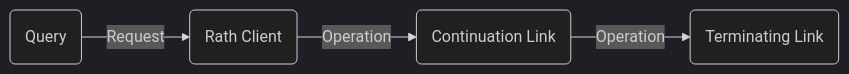
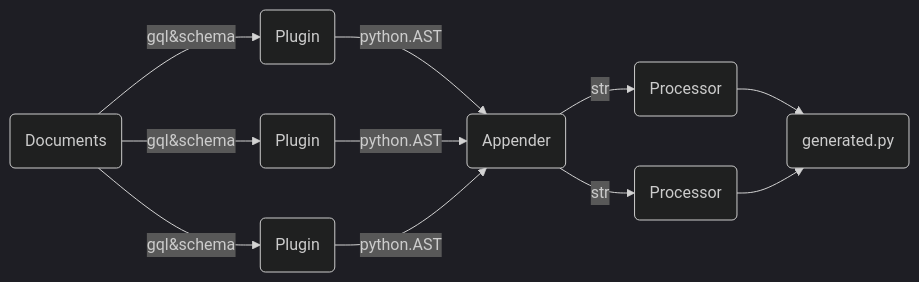
One commit to jhnnsrs/turms changed the diagram in website/docs/design/plugins.md. Above: the diagram before and after it, drawn with Mermaid (dark theme). The commit also changed other lines of this file and 11 other files, not shown here.

````diff
--- a/website/docs/design/plugins.md
+++ b/website/docs/design/plugins.md
@@ -10,6 +11,14 @@
 ```mermaid
 flowchart LR;
-    id0(Query)-->|Request|id1(Rath Client)
-    id1(Rath Client)-->|Operation|id2(Continuation Link)
-    id2(Continuation Link)-->|Operation|id3(Terminating Link)
+id0(Documents)-->|gql&schema|id1(Plugin)
+id0(Documents)-->|gql&schema|id2(Plugin)
+id0(Documents)-->|gql&schema|id3(Plugin)
+id1(Plugin)-->|python.AST|id50(Appender)
+id2(Plugin)-->|python.AST|id50(Appender)
+id3(Plugin)-->|python.AST|id50(Appender)
+id50(Appender)-->|str|id61(Processor)
+id50(Appender)-->|str|id62(Processor)
+id61(Processor)-->id100(generated.py)
+id62(Processor)-->id100(generated.py)
+
 ```
````
